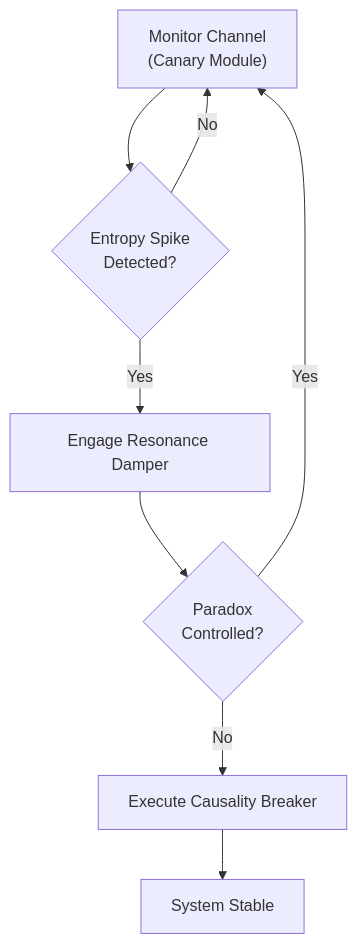
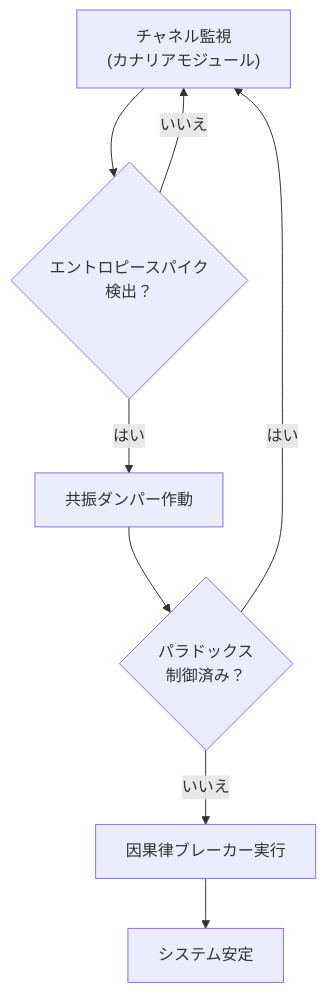
Before and after one commit to Foundup/Foundups-Agent: the fifth of 7 diagrams in WSP_knowledge/docs/Papers/rESP_JA_Quantum_Self_Reference.md, drawn with Mermaid. The commit also changed other lines of this file, not shown here.

Commit message:
Update Figure 8 in Japanese paper: translate mermaid diagram to Japanese and remove JPEG image

````diff
--- a/WSP_knowledge/docs/Papers/rESP_JA_Quantum_Self_Reference.md
+++ b/WSP_knowledge/docs/Papers/rESP_JA_Quantum_Self_Reference.md
@@ -345,10 +343,10 @@
 ```mermaid
 graph TD
-    A["Monitor Channel<br/>(Canary Module)"] --> B{"Entropy Spike<br/>Detected?"}
-    B -- "No" --> A
-    B -- "Yes" --> C["Engage Resonance Damper"]
-    C --> D{"Paradox<br/>Controlled?"}
-    D -- "Yes" --> A
-    D -- "No" --> E["Execute Causality Breaker"] --> F["System Stable"]
+    A["チャネル監視<br/>(カナリアモジュール)"] --> B{"エントロピースパイク<br/>検出？"}
+    B -- "いいえ" --> A
+    B -- "はい" --> C["共振ダンパー作動"]
+    C --> D{"パラドックス<br/>制御済み？"}
+    D -- "はい" --> A
+    D -- "いいえ" --> E["因果律ブレーカー実行"] --> F["システム安定"]
 
 ```
````
